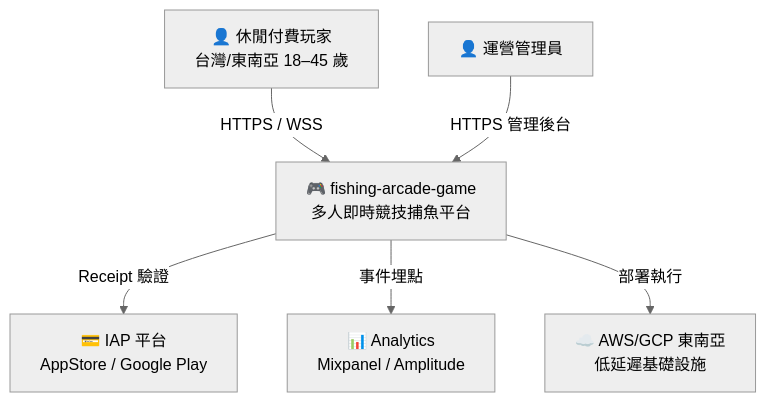
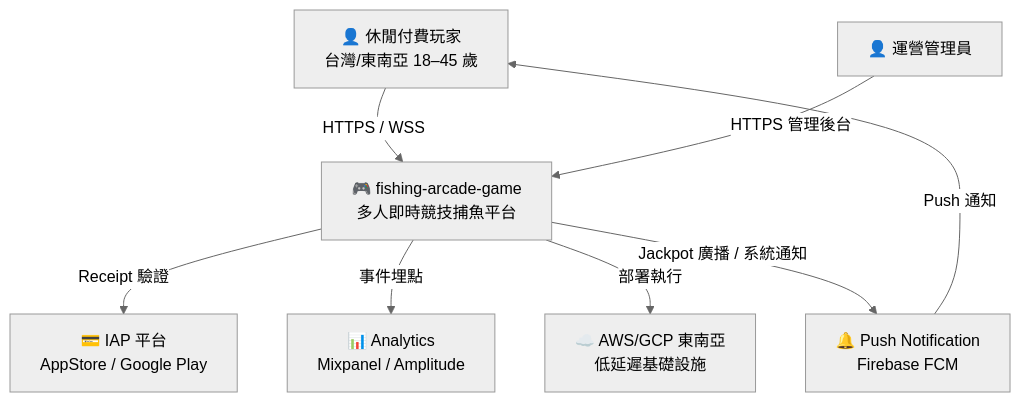
Before and after one commit to ibalasite/fishgame: the first of 14 diagrams in docs/EDD.md, drawn with Mermaid (neutral theme). The commit also changed other lines of this file, not shown here.

First line of the commit message:
docs(gendoc)[D16-ALIGN-F]: docs — EDD §2.1/§2.2 補充 Push Notification 與 Unleash 節點

````diff
--- a/docs/EDD.md
+++ b/docs/EDD.md
@@ -80,15 +80,18 @@
 ```mermaid
 graph TD
     Player["👤 休閒付費玩家\n台灣/東南亞 18–45 歲"]
     Operator["👤 運營管理員"]
     FishGame["🎮 fishing-arcade-game\n多人即時競技捕魚平台"]
     IAP["💳 IAP 平台\nAppStore / Google Play"]
     Analytics["📊 Analytics\nMixpanel / Amplitude"]
     Cloud["☁️ AWS/GCP 東南亞\n低延遲基礎設施"]
+    PushNotif["🔔 Push Notification\nFirebase FCM"]
 
     Player -->|"HTTPS / WSS"| FishGame
     Operator -->|"HTTPS 管理後台"| FishGame
     FishGame -->|"Receipt 驗證"| IAP
     FishGame -->|"事件埋點"| Analytics
     FishGame -->|"部署執行"| Cloud
+    FishGame -->|"Jackpot 廣播 / 系統通知"| PushNotif
+    PushNotif -->|"Push 通知"| Player
 ```
````
